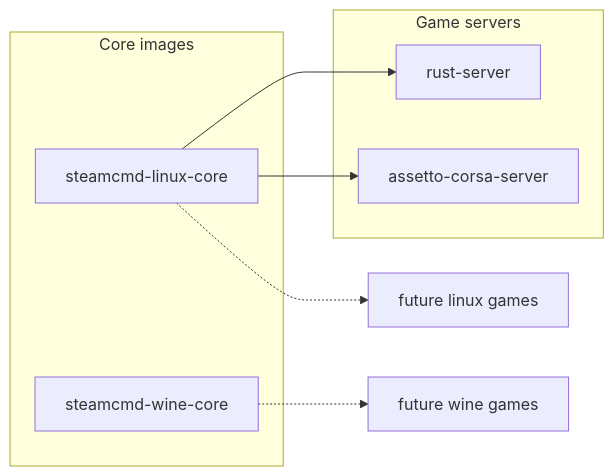
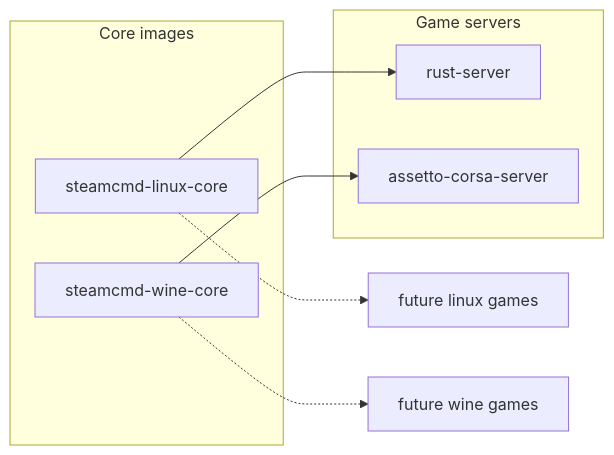
The diagram in README.md (Monolithoid/steamcmd-servers), drawn with Mermaid before and after one commit. The commit also changed 2 other files, not shown here.

Commit message:
Force Windows platform for Assetto Corsa

````diff
--- a/README.md
+++ b/README.md
@@ -23,18 +23,18 @@
 ```mermaid
 flowchart LR
     subgraph Core images
         linux_core[steamcmd-linux-core]
         wine_core[steamcmd-wine-core]
     end
 
     subgraph Game servers
         rust[rust-server]
         assetto[assetto-corsa-server]
     end
 
     linux_core --> rust
-    linux_core --> assetto
+    wine_core --> assetto
 
     linux_core .-> future_linux[future linux games]
     wine_core .-> future_wine[future wine games]
 ```
````
